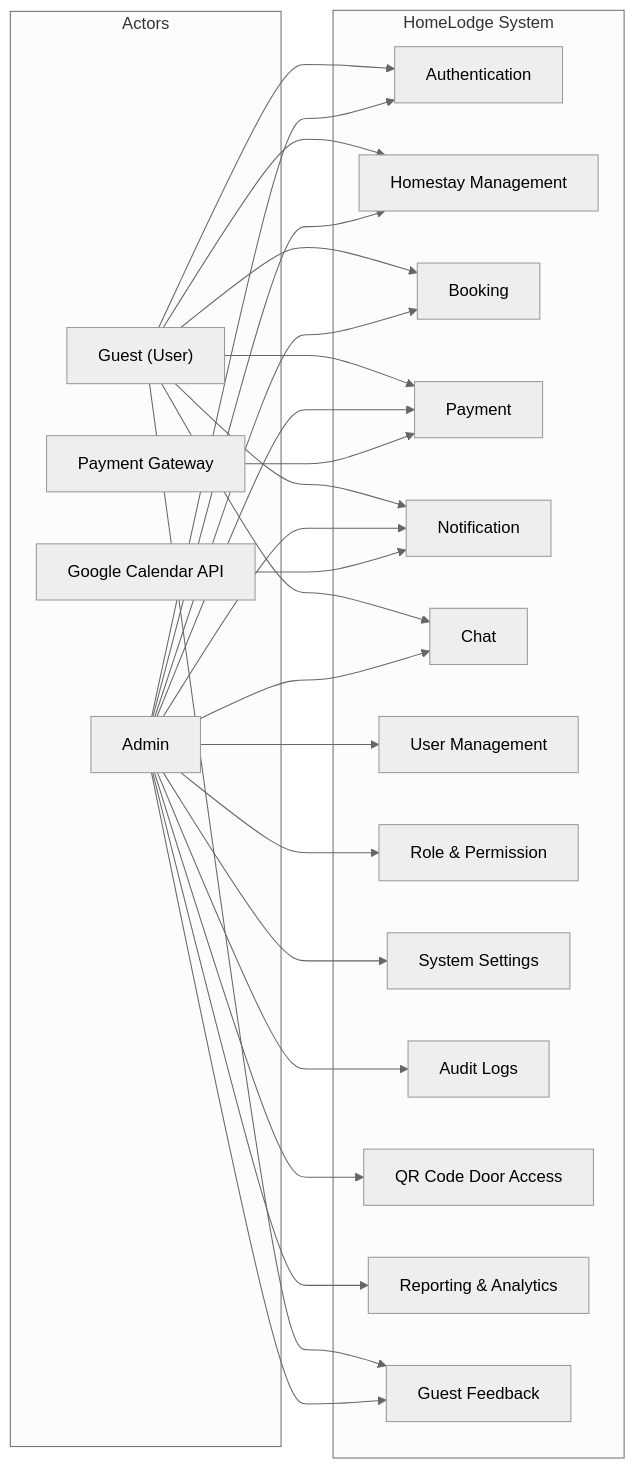
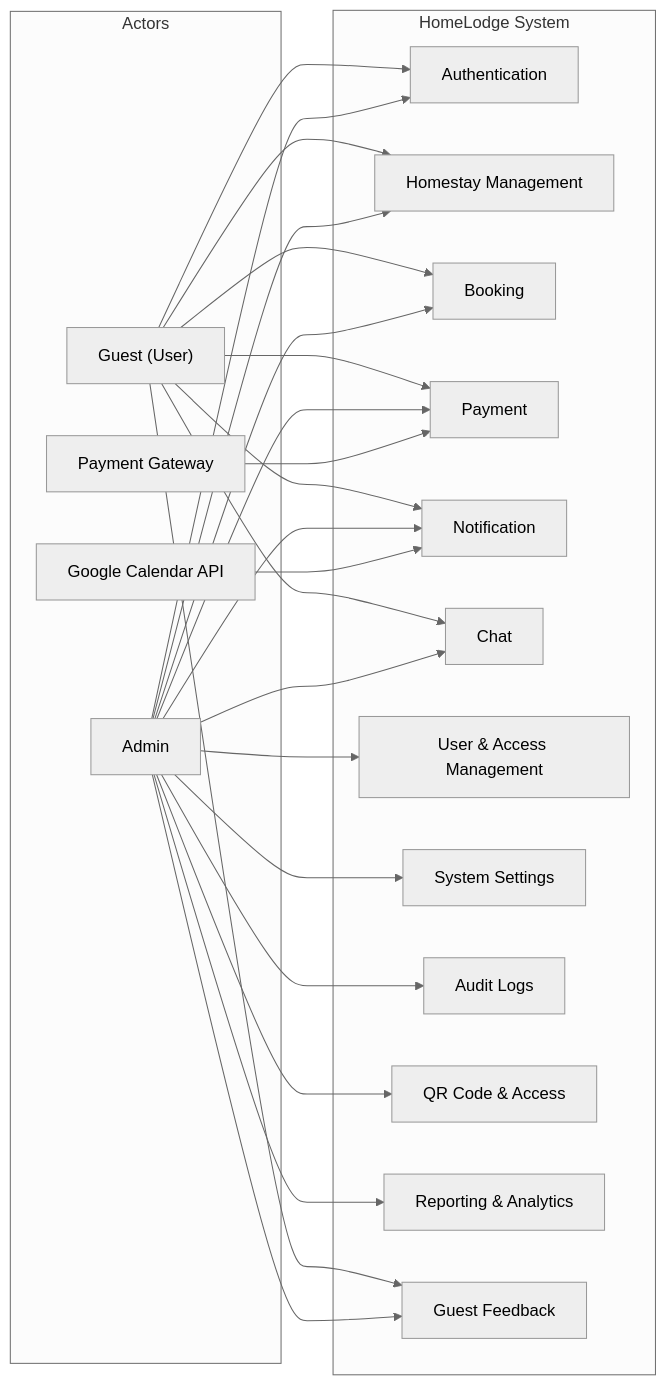
Before and after one commit to aisyahumairah/HomeLodge-Doc: the first of 10 diagrams in docs/PSM/chapter4.md, drawn with Mermaid (neutral theme). The commit also changed other lines of this file, not shown here.

````diff
--- a/docs/PSM/chapter4.md
+++ b/docs/PSM/chapter4.md
@@ -21,50 +21,48 @@
 ```mermaid
 graph LR
     subgraph Actors
         Guest["Guest (User)"]
         Admin["Admin"]
         PG["Payment Gateway"]
         GCal["Google Calendar API"]
     end
 
     subgraph HomeLodge System
         AUTH["Authentication"]
         HS["Homestay Management"]
         BK["Booking"]
         PAY["Payment"]
         NOTIF["Notification"]
         CHAT["Chat"]
-        USR["User Management"]
-        ROLE["Role & Permission"]
+        USR["User & Access Management"]
         SET["System Settings"]
         AUDIT["Audit Logs"]
-        QR["QR Code Door Access"]
+        QR["QR Code & Access"]
         RPT["Reporting & Analytics"]
         FB["Guest Feedback"]
     end
 
     Guest --> AUTH
     Guest --> HS
     Guest --> BK
     Guest --> PAY
     Guest --> NOTIF
     Guest --> CHAT
     Guest --> FB
 
     Admin --> AUTH
     Admin --> HS
     Admin --> BK
     Admin --> PAY
     Admin --> NOTIF
     Admin --> CHAT
     Admin --> USR
-    Admin --> ROLE
     Admin --> SET
     Admin --> AUDIT
     Admin --> QR
     Admin --> RPT
     Admin --> FB
 
     PG --> PAY
     GCal --> NOTIF
 ```
````
